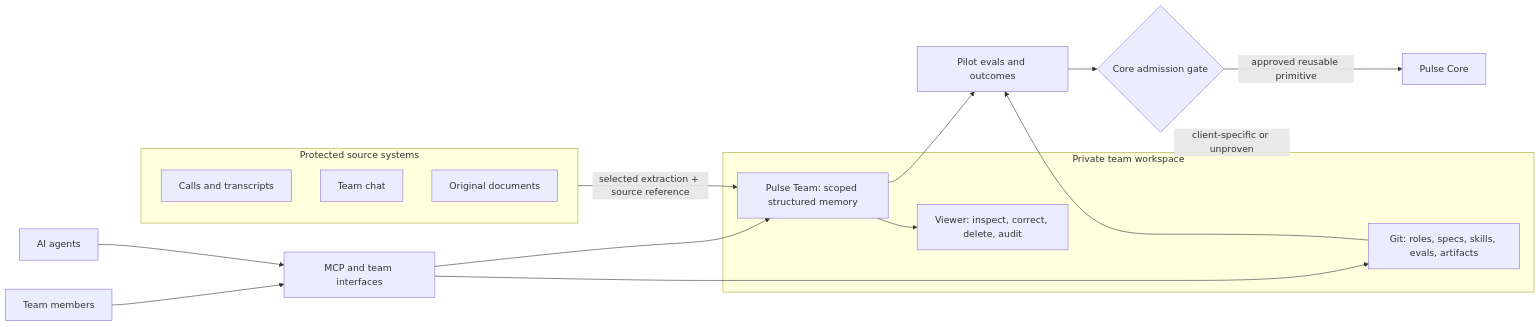
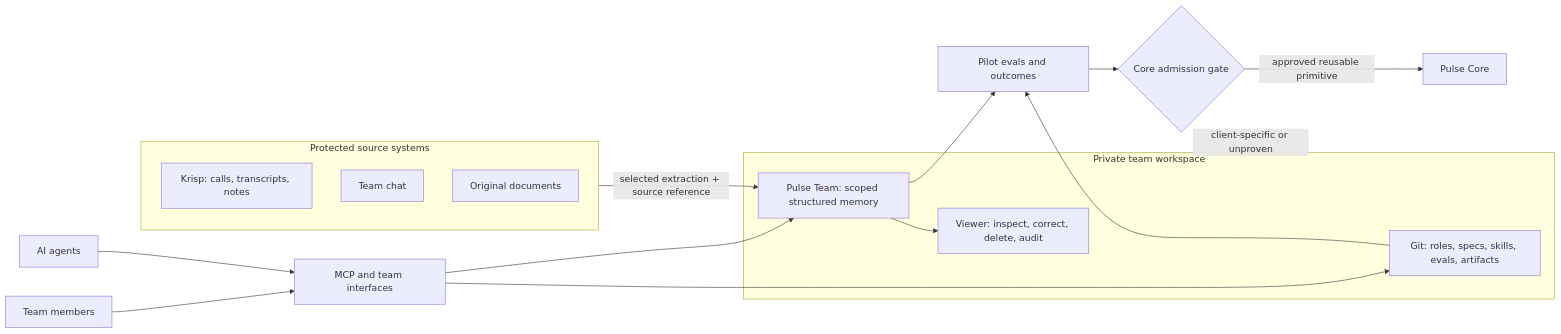
The diagram in docs/superpowers/specs/2026-07-10-pulse-team-pilot-design.md (zbs-gg/pulse), drawn with Mermaid before and after one commit. The commit also changed other lines of this file, not shown here.

Commit message:
docs: make Krisp the pilot call source

````diff
--- a/docs/superpowers/specs/2026-07-10-pulse-team-pilot-design.md
+++ b/docs/superpowers/specs/2026-07-10-pulse-team-pilot-design.md
@@ -92,26 +92,26 @@
 ```mermaid
 flowchart LR
     subgraph Sources["Protected source systems"]
-        Calls["Calls and transcripts"]
+        Calls["Krisp: calls, transcripts, notes"]
         Chat["Team chat"]
         Docs["Original documents"]
     end
 
     subgraph TeamSpace["Private team workspace"]
         Git["Git: roles, specs, skills, evals, artifacts"]
         PulseTeam["Pulse Team: scoped structured memory"]
         Viewer["Viewer: inspect, correct, delete, audit"]
     end
 
     Humans["Team members"] --> Interfaces["MCP and team interfaces"]
     Agents["AI agents"] --> Interfaces
     Interfaces --> Git
     Interfaces --> PulseTeam
     Sources -->|"selected extraction + source reference"| PulseTeam
     PulseTeam --> Viewer
     Git --> PilotEval["Pilot evals and outcomes"]
     PulseTeam --> PilotEval
     PilotEval --> Gate{"Core admission gate"}
     Gate -->|"approved reusable primitive"| Core["Pulse Core"]
     Gate -->|"client-specific or unproven"| TeamSpace
 ```
````
